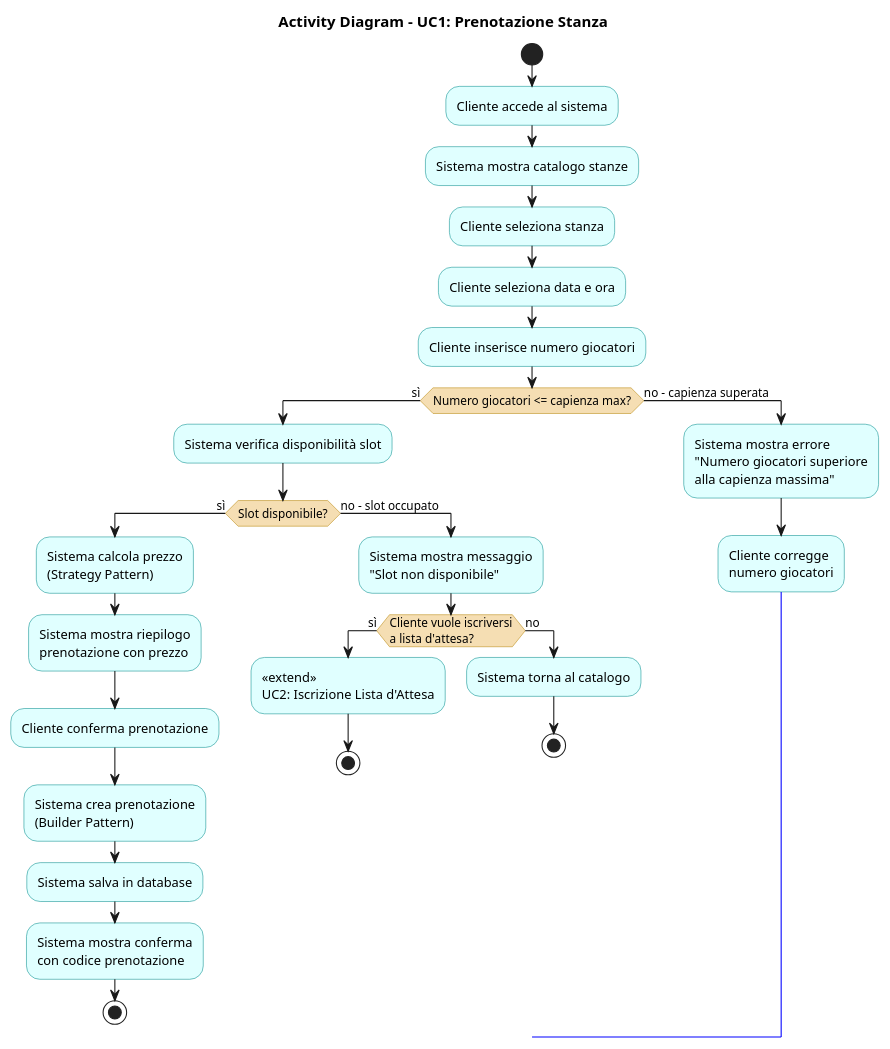
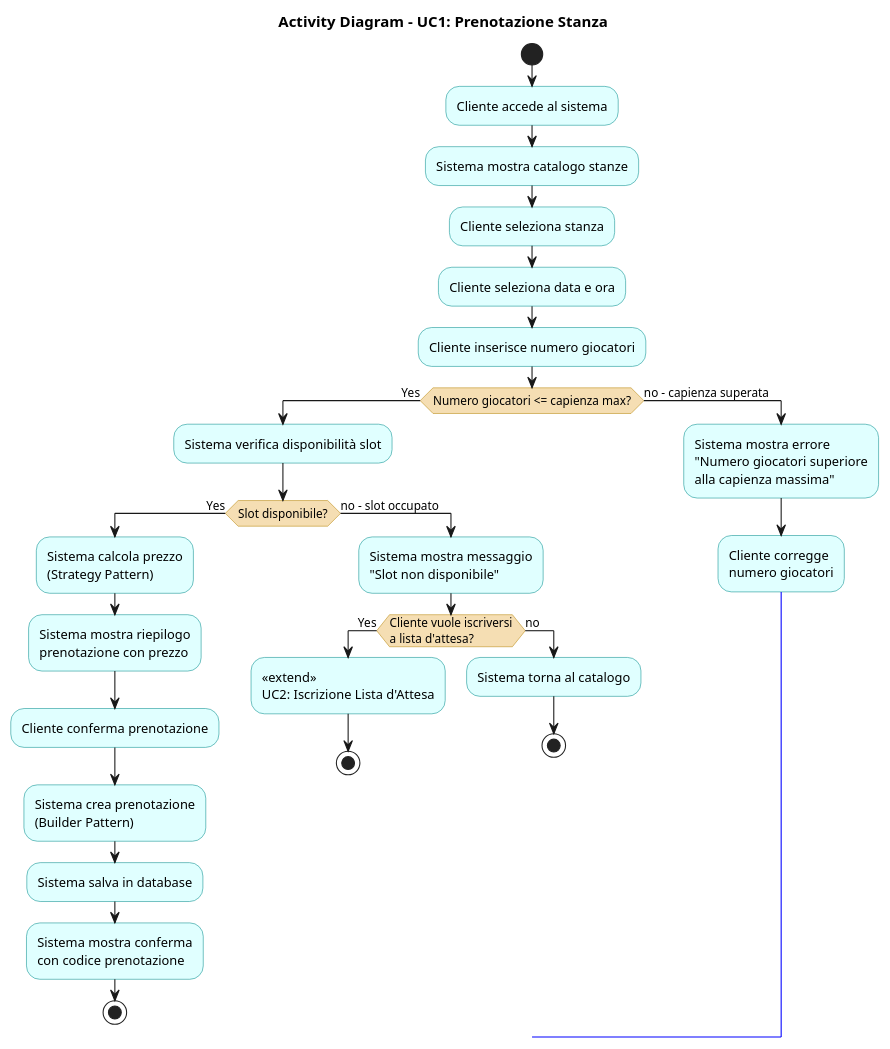
Before and after one commit to Adrycasta04/EscapeManager: the diagram in docs/UML/activity_prenotazione.puml, drawn with PlantUML. The commit also changed 23 other files, not shown here.

Commit message:
feat: Add initial UML design diagrams and LaTeX project documentation.

```diff
--- a/docs/UML/activity_prenotazione.puml
+++ b/docs/UML/activity_prenotazione.puml
@@ -1,71 +1,71 @@
 @startuml activity_prenotazione
 skinparam activityBackgroundColor LightCyan
 skinparam activityBorderColor DarkCyan
 skinparam activityDiamondBackgroundColor Wheat
 skinparam activityDiamondBorderColor DarkGoldenRod
 
 title Activity Diagram - UC1: Prenotazione Stanza
 
 start
 
 :Cliente accede al sistema;
 
 :Sistema mostra catalogo stanze;
 
 :Cliente seleziona stanza;
 
 :Cliente seleziona data e ora;
 
 :Cliente inserisce numero giocatori;
 
-if (Numero giocatori <= capienza max?) then (sì)
+if (Numero giocatori <= capienza max?) then (Yes)
 
   :Sistema verifica disponibilità slot;
 
-  if (Slot disponibile?) then (sì)
+  if (Slot disponibile?) then (Yes)
 
     :Sistema calcola prezzo\n(Strategy Pattern);
 
     :Sistema mostra riepilogo\nprenotazione con prezzo;
 
     :Cliente conferma prenotazione;
 
     :Sistema crea prenotazione\n(Builder Pattern);
 
     :Sistema salva in database;
 
     :Sistema mostra conferma\ncon codice prenotazione;
 
     stop
 
   else (no - slot occupato)
 
     :Sistema mostra messaggio\n"Slot non disponibile";
 
-    if (Cliente vuole iscriversi\na lista d'attesa?) then (sì)
+    if (Cliente vuole iscriversi\na lista d'attesa?) then (Yes)
 
       :<<extend>>\nUC2: Iscrizione Lista d'Attesa;
 
       stop
 
     else (no)
 
       :Sistema torna al catalogo;
 
       stop
 
     endif
 
   endif
 
 else (no - capienza superata)
 
   :Sistema mostra errore\n"Numero giocatori superiore\nalla capienza massima";
 
   :Cliente corregge\nnumero giocatori;
 
   -[#blue]-> :Cliente inserisce numero giocatori;
 
 endif
 
 @enduml
```
